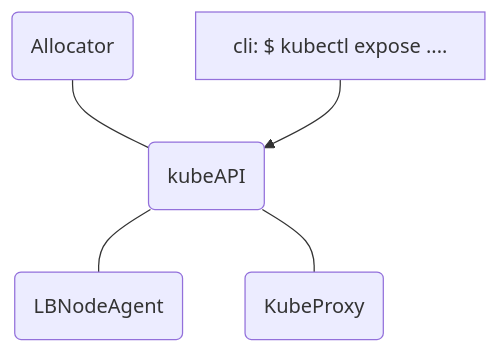
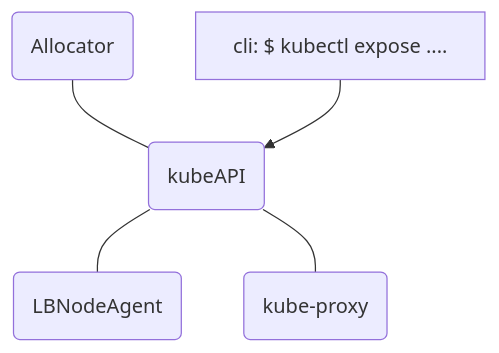
The diagram in website/content/how_it_works/overview/_index.md (purelb/purelb), drawn with Mermaid before and after one commit. The commit also changed other lines of this file and 8 other files, not shown here.

```diff
--- a/website/content/how_it_works/overview/_index.md
+++ b/website/content/how_it_works/overview/_index.md
@@ -21,12 +21,12 @@
 {{<mermaid align="center">}}
   graph TD;
     A(Allocator);
     B(kubeAPI);
     C(LBNodeAgent);
-    D(KubeProxy);
+    D(kube-proxy);
     E[cli: $ kubectl expose ....];
     A---B;
     B---C;
     E-->B;
     B---D;
 {{</mermaid>}}
```
